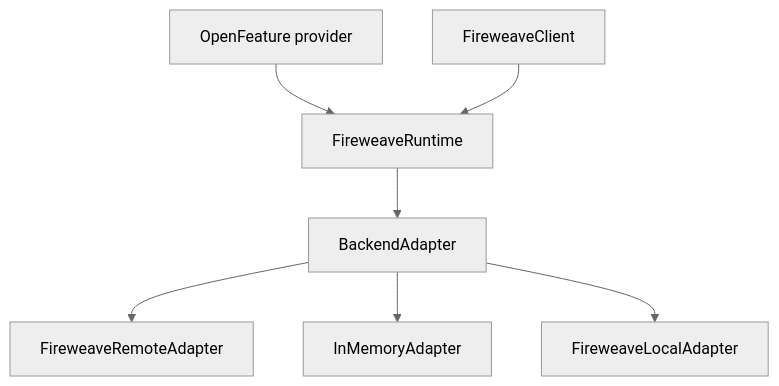
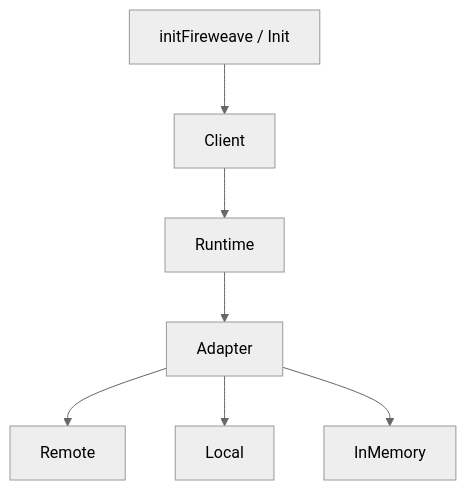
The diagram in concepts/adapters.mdx (FireWeave-HQ/docs.fireweave.ai), drawn with Mermaid (neutral theme) before and after one commit. The commit also changed other lines of this file and 40 other files, not shown here.

````diff
--- a/concepts/adapters.mdx
+++ b/concepts/adapters.mdx
@@ -25,13 +26,13 @@
 ```mermaid
 flowchart TB
-  OF[OpenFeature provider]
-  CL[FireweaveClient]
-  RT[FireweaveRuntime]
-  AD[BackendAdapter]
-  OF --> RT
+  Init["initFireweave / Init"]
+  CL[Client]
+  RT[Runtime]
+  AD[Adapter]
+  Init --> CL
   CL --> RT
   RT --> AD
-  AD --> R[FireweaveRemoteAdapter]
-  AD --> I[InMemoryAdapter]
-  AD --> L[FireweaveLocalAdapter]
+  AD --> R[Remote]
+  AD --> L[Local]
+  AD --> I[InMemory]
 ```
````
